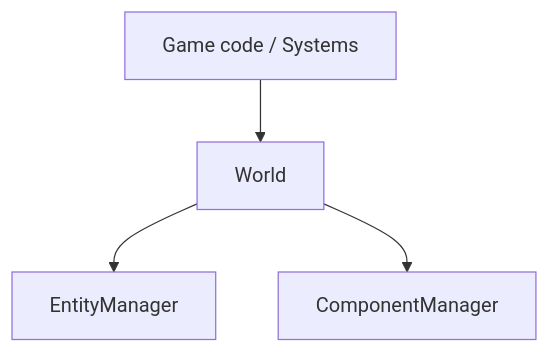
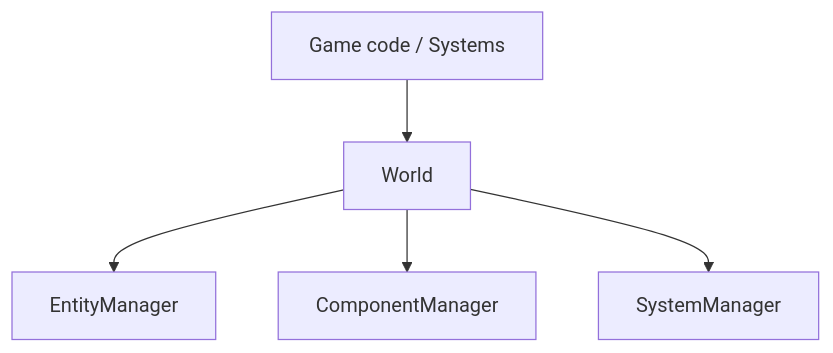
The diagram in src/ecs/World/README.md (Thibani/R-Type), drawn with Mermaid before and after one commit. The commit also changed other lines of this file and 14 other files, not shown here.

Commit message:
feat(ecs): add time, system base class and system manager

````diff
--- a/src/ecs/World/README.md
+++ b/src/ecs/World/README.md
@@ -22,6 +23,7 @@
 ```mermaid
 flowchart TD
     Game[Game code / Systems] --> World
     World --> EntityManager
     World --> ComponentManager
+    World --> SystemManager
 ```
````
